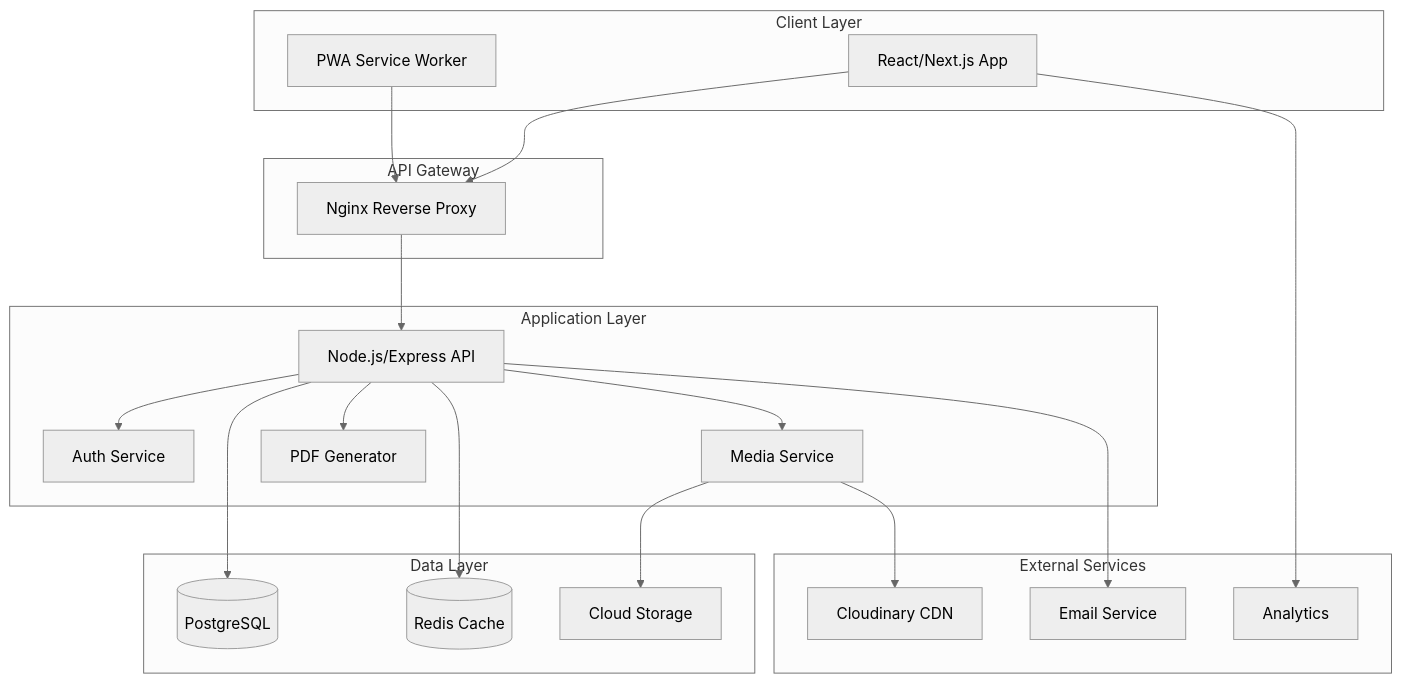
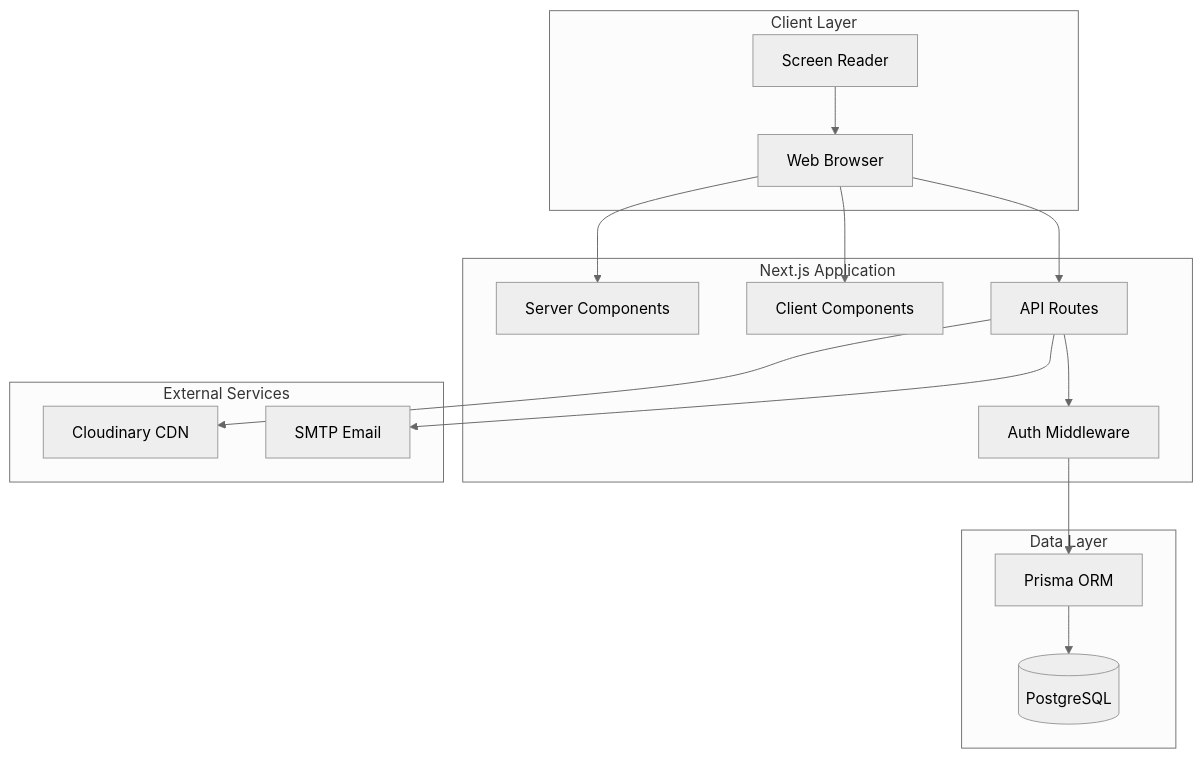
The first of 4 diagrams in TECHNICAL_ARCHITECTURE.md (jwayne554/Centre404-Community-Magazine), drawn with Mermaid (neutral theme) before and after one commit. The commit also changed other lines of this file and 19 other files, not shown here.

````diff
--- a/TECHNICAL_ARCHITECTURE.md
+++ b/TECHNICAL_ARCHITECTURE.md
@@ -5,43 +16,34 @@
 ```mermaid
 graph TB
     subgraph "Client Layer"
-        UI[React/Next.js App]
-        PWA[PWA Service Worker]
+        Browser[Web Browser]
+        Screen[Screen Reader]
     end
-    
-    subgraph "API Gateway"
-        NGINX[Nginx Reverse Proxy]
+
+    subgraph "Next.js Application"
+        SSR[Server Components]
+        CSR[Client Components]
+        API[API Routes]
+        Middleware[Auth Middleware]
     end
-    
-    subgraph "Application Layer"
-        API[Node.js/Express API]
-        AUTH[Auth Service]
-        MEDIA[Media Service]
-        PDF[PDF Generator]
+
+    subgraph "Data Layer"
+        Prisma[Prisma ORM]
+        PG[(PostgreSQL)]
     end
-    
-    subgraph "Data Layer"
-        PG[(PostgreSQL)]
-        REDIS[(Redis Cache)]
-        S3[Cloud Storage]
+
+    subgraph "External Services"
+        Cloudinary[Cloudinary CDN]
+        Email[SMTP Email]
     end
-    
-    subgraph "External Services"
-        CLOUD[Cloudinary CDN]
-        EMAIL[Email Service]
-        ANALYTICS[Analytics]
-    end
-    
-    UI --> NGINX
-    PWA --> NGINX
-    NGINX --> API
-    API --> AUTH
-    API --> MEDIA
-    API --> PDF
-    API --> PG
-    API --> REDIS
-    MEDIA --> S3
-    MEDIA --> CLOUD
-    API --> EMAIL
-    UI --> ANALYTICS
+
+    Browser --> SSR
+    Browser --> CSR
+    Browser --> API
+    Screen --> Browser
+    API --> Middleware
+    Middleware --> Prisma
+    Prisma --> PG
+    API --> Cloudinary
+    API --> Email
 ```
````
